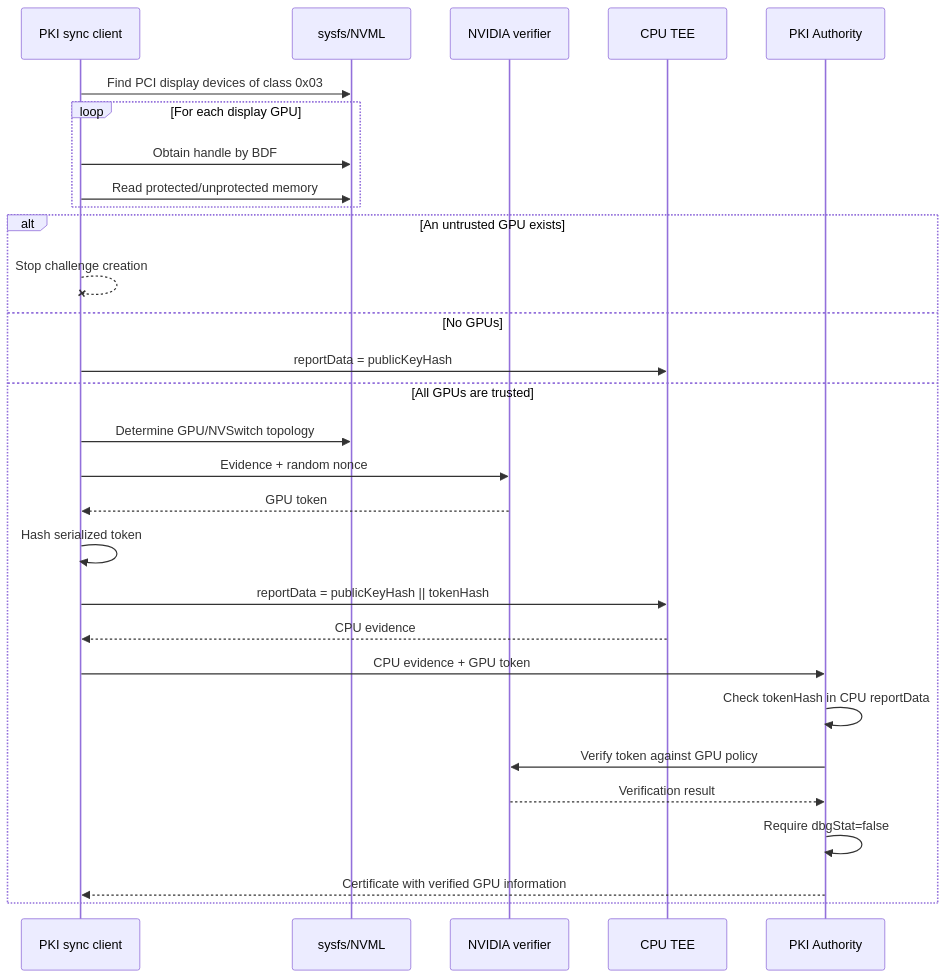
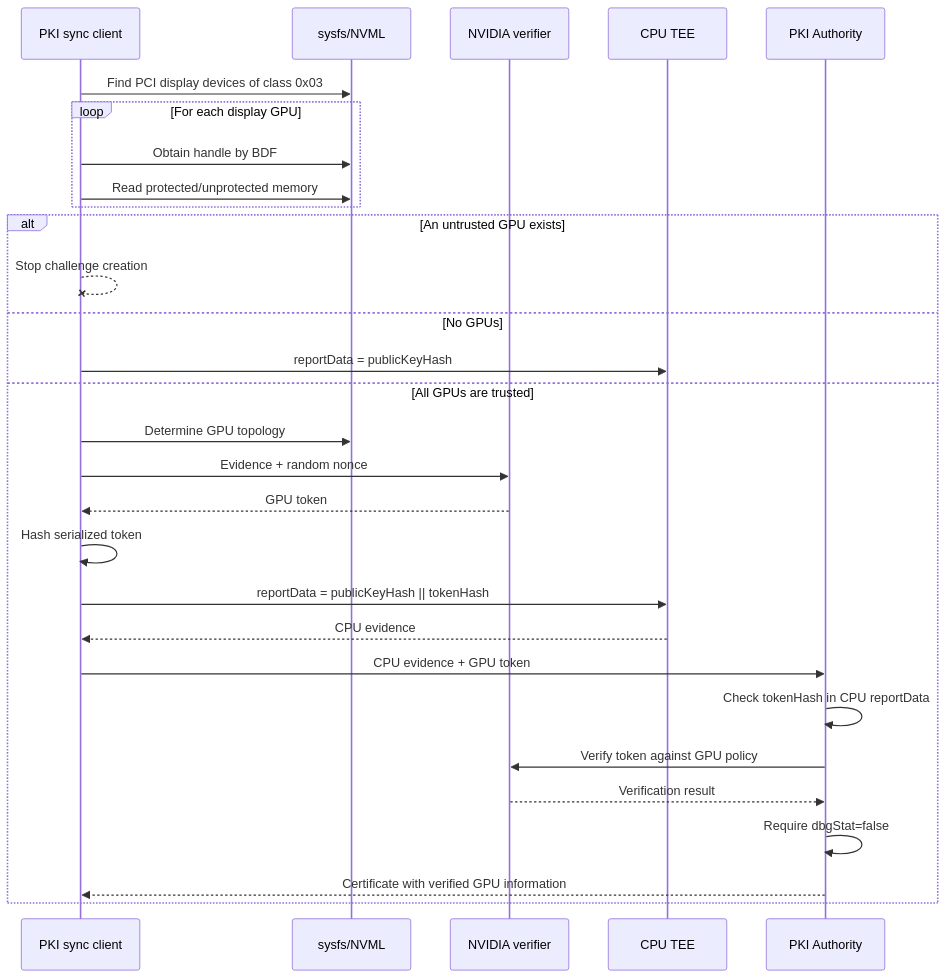
Before and after one commit to Super-Protocol/sp-vm: the diagram in docs/05-nvidia-gpu-attestation.md, drawn with Mermaid. The commit also changed other lines of this file and 9 other files, not shown here.

````diff
--- a/docs/05-nvidia-gpu-attestation.md
+++ b/docs/05-nvidia-gpu-attestation.md
@@ -15,32 +15,32 @@
 ```mermaid
 sequenceDiagram
     participant VM as PKI sync client
     participant PCI as sysfs/NVML
     participant NRAS as NVIDIA verifier
     participant CPU as CPU TEE
     participant PKI as PKI Authority
 
     VM->>PCI: Find PCI display devices of class 0x03
     loop For each display GPU
         VM->>PCI: Obtain handle by BDF
         VM->>PCI: Read protected/unprotected memory
     end
     alt An untrusted GPU exists
         VM--xVM: Stop challenge creation
     else No GPUs
         VM->>CPU: reportData = publicKeyHash
     else All GPUs are trusted
-        VM->>PCI: Determine GPU/NVSwitch topology
+        VM->>PCI: Determine GPU topology
         VM->>NRAS: Evidence + random nonce
         NRAS-->>VM: GPU token
         VM->>VM: Hash serialized token
         VM->>CPU: reportData = publicKeyHash || tokenHash
         CPU-->>VM: CPU evidence
         VM->>PKI: CPU evidence + GPU token
         PKI->>PKI: Check tokenHash in CPU reportData
         PKI->>NRAS: Verify token against GPU policy
         NRAS-->>PKI: Verification result
         PKI->>PKI: Require dbgStat=false
         PKI-->>VM: Certificate with verified GPU information
     end
 ```
````
